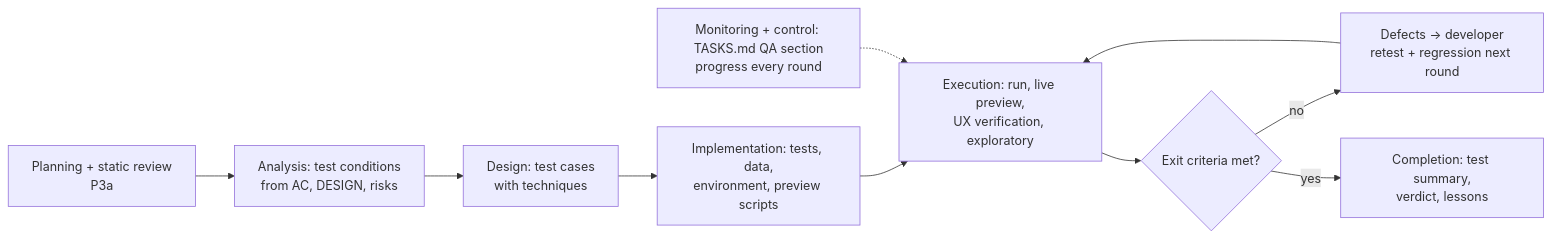
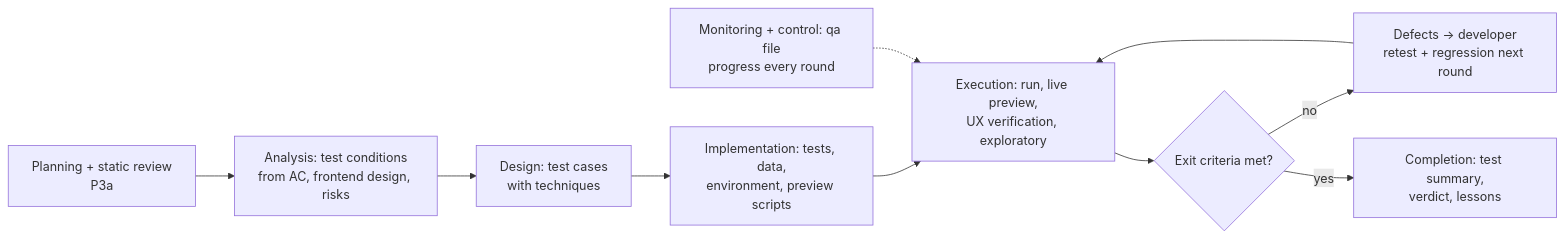
One commit to Tuan-Quyen/technical-teams changed the diagram in skills/test-process/references/process.md. Above: the diagram before and after it, drawn with Mermaid. The commit also changed other lines of this file and 69 other files, not shown here.

````diff
--- a/skills/test-process/references/process.md
+++ b/skills/test-process/references/process.md
@@ -18,12 +18,12 @@
 ```mermaid
 flowchart LR
-  P[Planning + static review\nP3a] --> A[Analysis: test conditions\nfrom AC, DESIGN, risks]
+  P[Planning + static review\nP3a] --> A[Analysis: test conditions\nfrom AC, frontend design, risks]
   A --> D[Design: test cases\nwith techniques]
   D --> I[Implementation: tests, data,\nenvironment, preview scripts]
   I --> E[Execution: run, live preview,\nUX verification, exploratory]
   E --> R{Exit criteria met?}
   R -- no --> DF[Defects → developer\nretest + regression next round]
   DF --> E
   R -- yes --> C[Completion: test summary,\nverdict, lessons]
-  M[Monitoring + control: TASKS.md QA section\nprogress every round] -.-> E
+  M[Monitoring + control: qa file\nprogress every round] -.-> E
 ```
````
